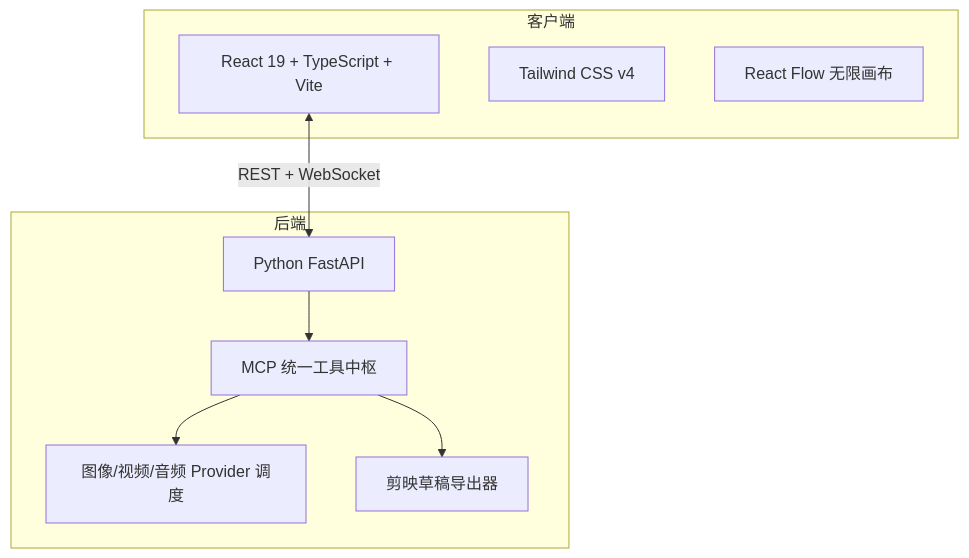
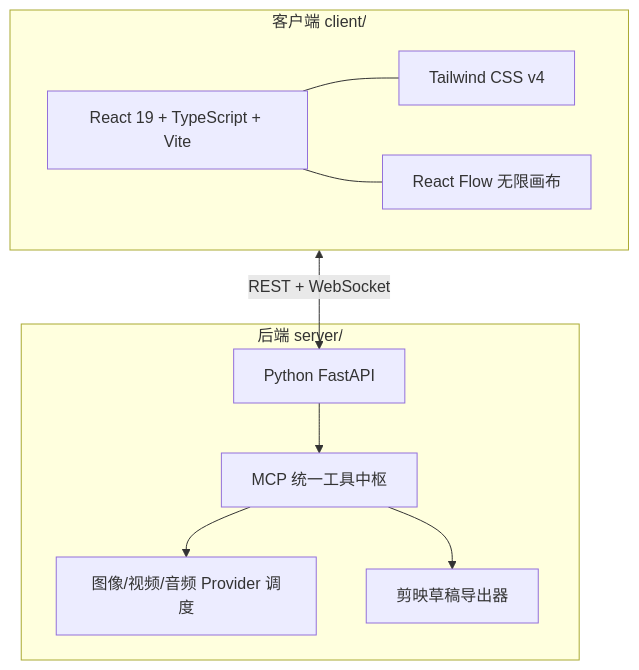
One commit to 1472583698dwq/AI-Comic-Drama-All-in-One-Studio changed the diagram in README.md. Above: the diagram before and after it, drawn with Mermaid.

Commit message:
docs(readme): 修正技术栈 mermaid 语法——子图标题加引号并显式连线，修复渲染布局

````diff
--- a/README.md
+++ b/README.md
@@ -43,18 +43,23 @@
 ```mermaid
-graph TD
-    subgraph 客户端
-        A1[React 19 + TypeScript + Vite]
-        A2[Tailwind CSS v4]
-        A3[React Flow 无限画布]
+flowchart TD
+    subgraph FE["客户端 client/"]
+        direction LR
+        A1["React 19 + TypeScript + Vite"]
+        A2["Tailwind CSS v4"]
+        A3["React Flow 无限画布"]
+        A1 --- A2
+        A1 --- A3
     end
 
-    subgraph 后端
-        B1[Python FastAPI]
-        B2[MCP 统一工具中枢]
-        B3[图像/视频/音频 Provider 调度]
-        B4[剪映草稿导出器]
+    subgraph BE["后端 server/"]
+        B1["Python FastAPI"]
+        B2["MCP 统一工具中枢"]
+        B3["图像/视频/音频 Provider 调度"]
+        B4["剪映草稿导出器"]
+        B1 --> B2
+        B2 --> B3
+        B2 --> B4
     end
 
-    A1 <-->|REST + WebSocket| B1
-    B1 --> B2 --> B3 & B4
+    A1 <-->|"REST + WebSocket"| B1
 ```
````
